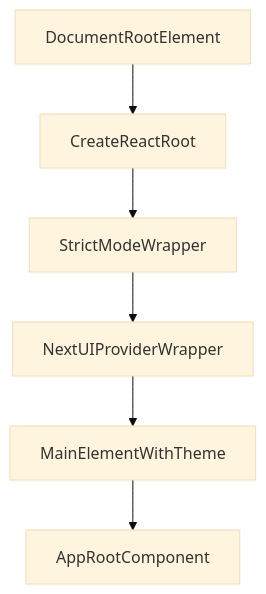
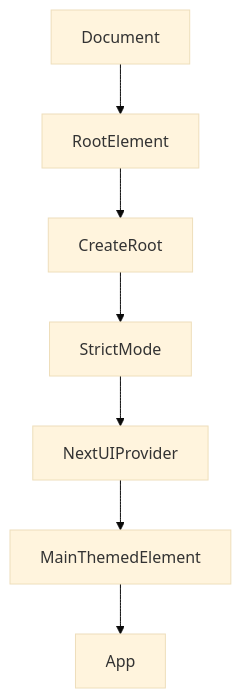
The diagram in docs/grms-frontend/src/main.tsx.md (test-company-prowiz/Easy-Repo), drawn with Mermaid (base theme) before and after one commit. The commit also changed other lines of this file, not shown here.

Commit message:
docs: auto-generated documentation for docs/grms-frontend/src/main.tsx.md

````diff
--- a/docs/grms-frontend/src/main.tsx.md
+++ b/docs/grms-frontend/src/main.tsx.md
@@ -41,8 +37,9 @@
 ```mermaid
 graph TD
-A[DocumentRootElement] --> B[CreateReactRoot]
-B --> C[StrictModeWrapper]
-C --> D[NextUIProviderWrapper]
-D --> E[MainElementWithTheme]
-E --> F[AppRootComponent]
+A[Document] --> B[RootElement]
+B[RootElement] --> C[CreateRoot]
+C[CreateRoot] --> D[StrictMode]
+D[StrictMode] --> E[NextUIProvider]
+E[NextUIProvider] --> F[MainThemedElement]
+F[MainThemedElement] --> G[App]
 ```
````
